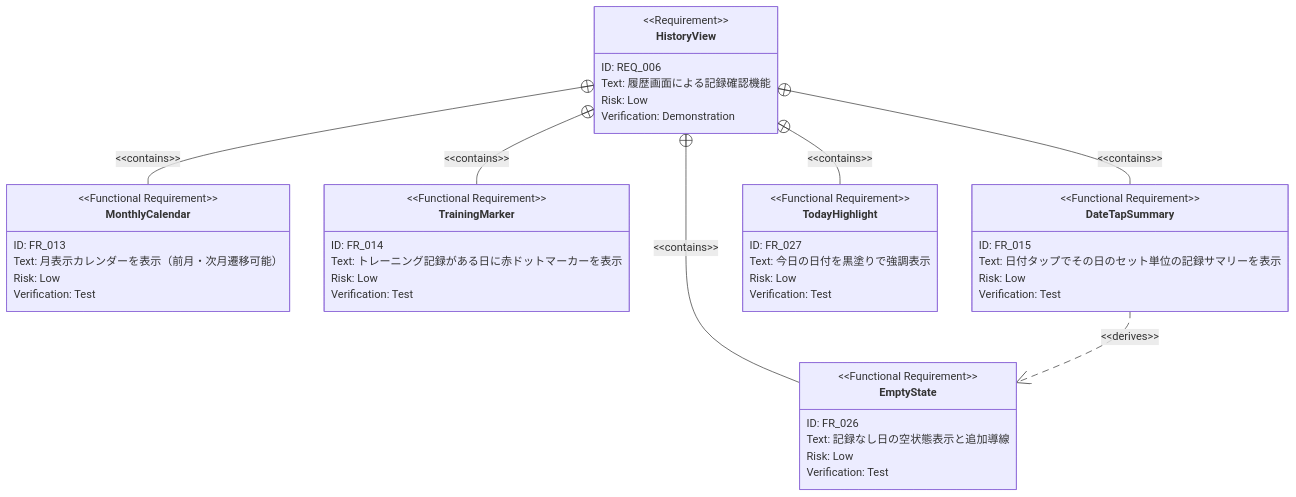
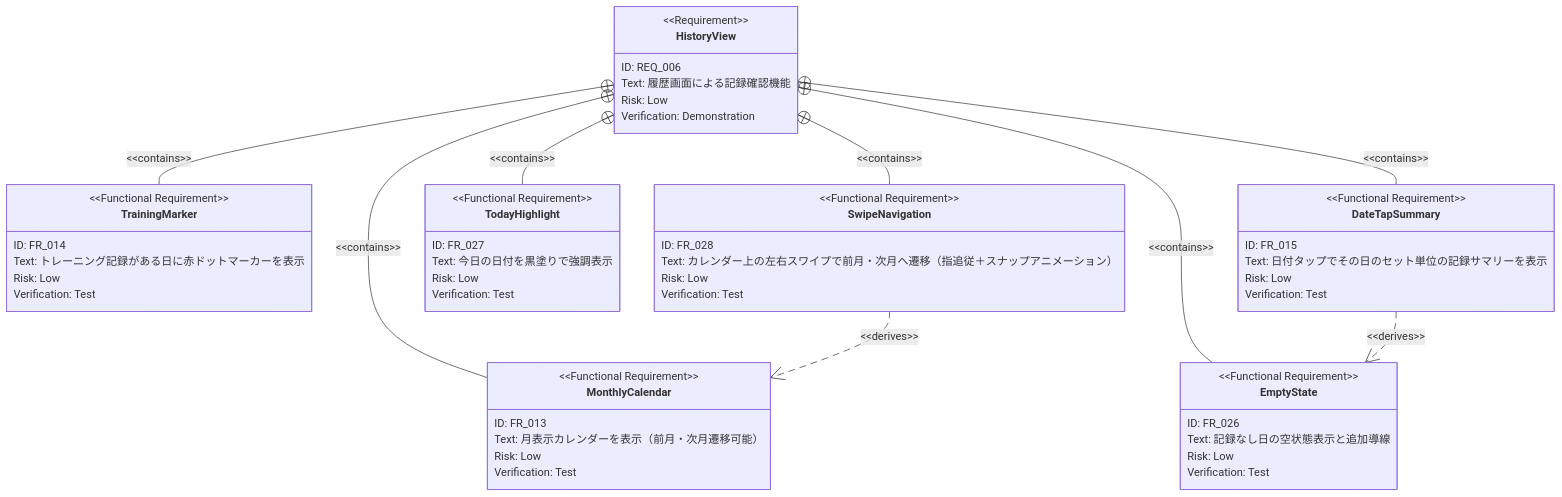
Before and after one commit to SakumaTakuya/gymini: the second of 2 diagrams in docs/prd/history/index.md, drawn with Mermaid. The commit also changed other lines of this file and 4 other files, not shown here.

````diff
--- a/docs/prd/history/index.md
+++ b/docs/prd/history/index.md
@@ -55,51 +55,60 @@
 ```mermaid
 requirementDiagram
     requirement HistoryView {
         id: REQ_006
         text: "履歴画面による記録確認機能"
         risk: low
         verifymethod: demonstration
     }
 
     functionalRequirement MonthlyCalendar {
         id: FR_013
         text: "月表示カレンダーを表示（前月・次月遷移可能）"
         risk: low
         verifymethod: test
     }
 
     functionalRequirement TrainingMarker {
         id: FR_014
         text: "トレーニング記録がある日に赤ドットマーカーを表示"
         risk: low
         verifymethod: test
     }
 
     functionalRequirement DateTapSummary {
         id: FR_015
         text: "日付タップでその日のセット単位の記録サマリーを表示"
         risk: low
         verifymethod: test
     }
 
     functionalRequirement EmptyState {
         id: FR_026
         text: "記録なし日の空状態表示と追加導線"
         risk: low
         verifymethod: test
     }
 
     functionalRequirement TodayHighlight {
         id: FR_027
         text: "今日の日付を黒塗りで強調表示"
         risk: low
         verifymethod: test
     }
 
+    functionalRequirement SwipeNavigation {
+        id: FR_028
+        text: "カレンダー上の左右スワイプで前月・次月へ遷移（指追従＋スナップアニメーション）"
+        risk: low
+        verifymethod: test
+    }
+
     HistoryView - contains -> MonthlyCalendar
     HistoryView - contains -> TrainingMarker
     HistoryView - contains -> DateTapSummary
     HistoryView - contains -> EmptyState
     HistoryView - contains -> TodayHighlight
+    HistoryView - contains -> SwipeNavigation
     DateTapSummary - derives -> EmptyState
+    SwipeNavigation - derives -> MonthlyCalendar
 ```
````
